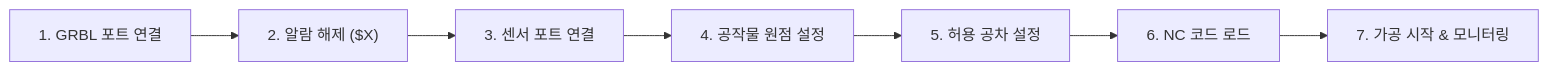
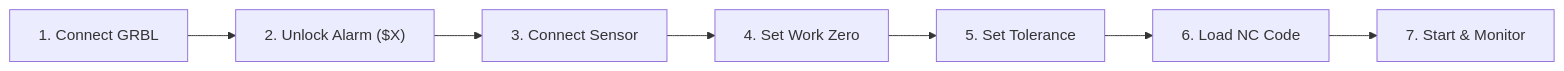
One commit to OrcusExtreme/VibraLoop changed the third of 3 diagrams in README.md. Above: the diagram before and after it, drawn with Mermaid. The commit also changed other lines of this file and 1 other file, not shown here.

````diff
--- a/README.md
+++ b/README.md
@@ -355,9 +338,9 @@
 ```mermaid
 flowchart LR
-    A["1. GRBL 포트 연결"] --> B["2. 알람 해제 ($X)"]
-    B --> C["3. 센서 포트 연결"]
-    C --> D["4. 공작물 원점 설정"]
-    D --> E["5. 허용 공차 설정"]
-    E --> F["6. NC 코드 로드"]
-    F --> G["7. 가공 시작 & 모니터링"]
+    A["1. Connect GRBL"] --> B["2. Unlock Alarm ($X)"]
+    B --> C["3. Connect Sensor"]
+    C --> D["4. Set Work Zero"]
+    D --> E["5. Set Tolerance"]
+    E --> F["6. Load NC Code"]
+    F --> G["7. Start & Monitor"]
 ```
````
